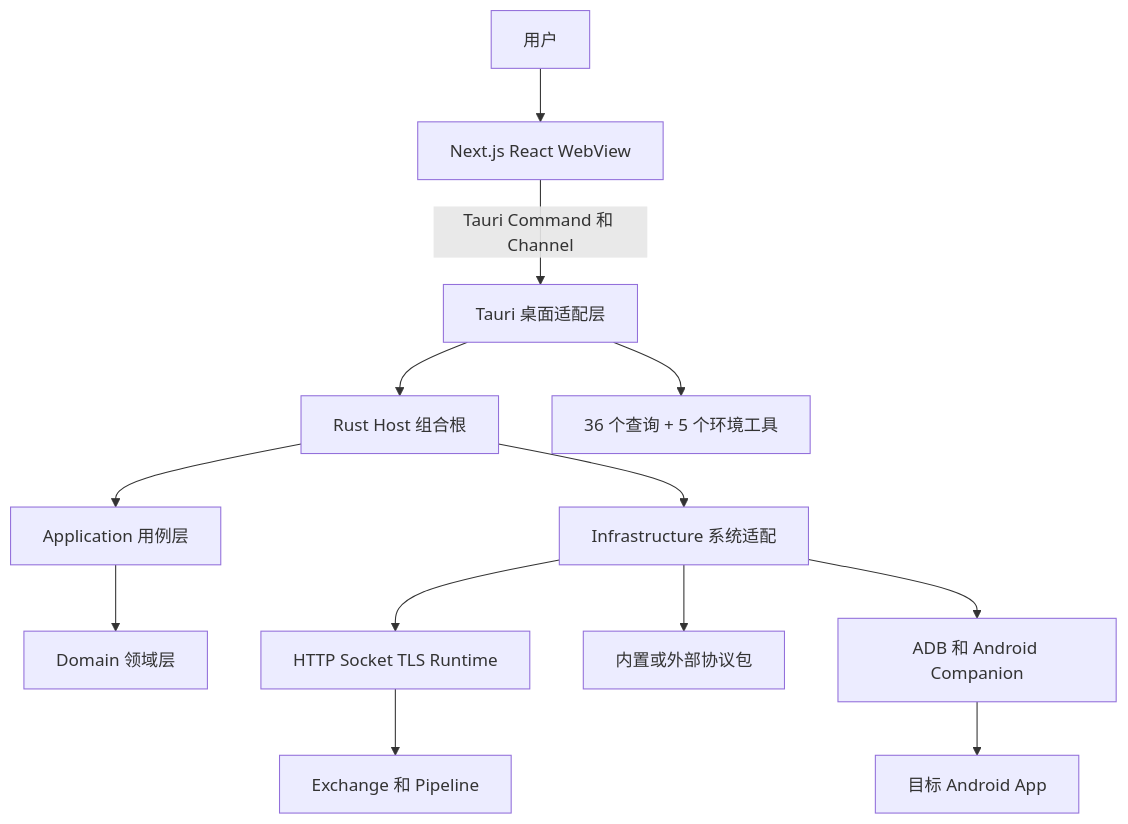
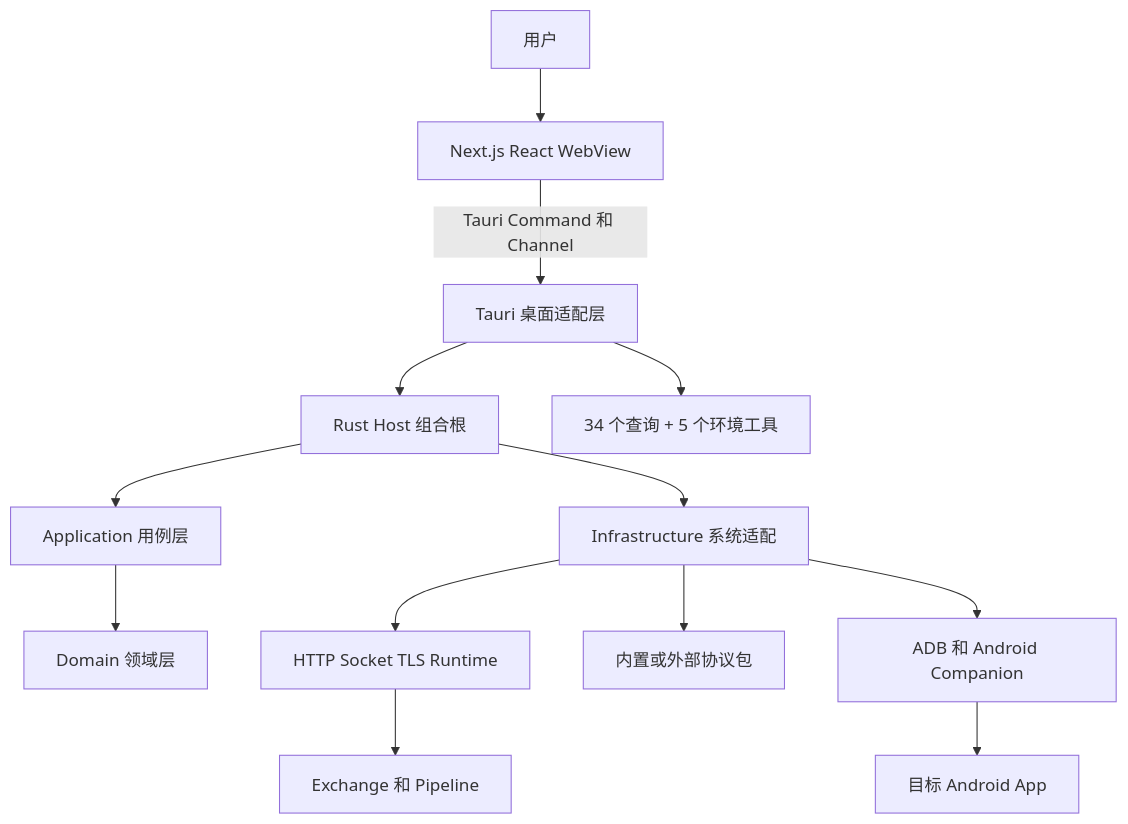
One commit to kouxko/gmofg-payment-proxy changed the diagram in docs/onboarding-guide.md. Above: the diagram before and after it, drawn with Mermaid. The commit also changed other lines of this file and 241 other files, not shown here.

````diff
--- a/docs/onboarding-guide.md
+++ b/docs/onboarding-guide.md
@@ -24,15 +24,15 @@
 ```mermaid
 flowchart TB
     USER[用户] --> UI[Next.js React WebView]
     UI -->|Tauri Command 和 Channel| DESKTOP[Tauri 桌面适配层]
     DESKTOP --> HOST[Rust Host 组合根]
     HOST --> APP[Application 用例层]
     APP --> DOMAIN[Domain 领域层]
     HOST --> INFRA[Infrastructure 系统适配]
     INFRA --> RUNTIME[HTTP Socket TLS Runtime]
     RUNTIME --> EXCHANGE[Exchange 和 Pipeline]
     INFRA --> SCRIPT[内置或外部协议包]
-    DESKTOP --> MCP[36 个查询 + 5 个环境工具]
+    DESKTOP --> MCP[34 个查询 + 5 个环境工具]
     INFRA --> ANDROID[ADB 和 Android Companion]
     ANDROID --> TARGET[目标 Android App]
 ```
````
